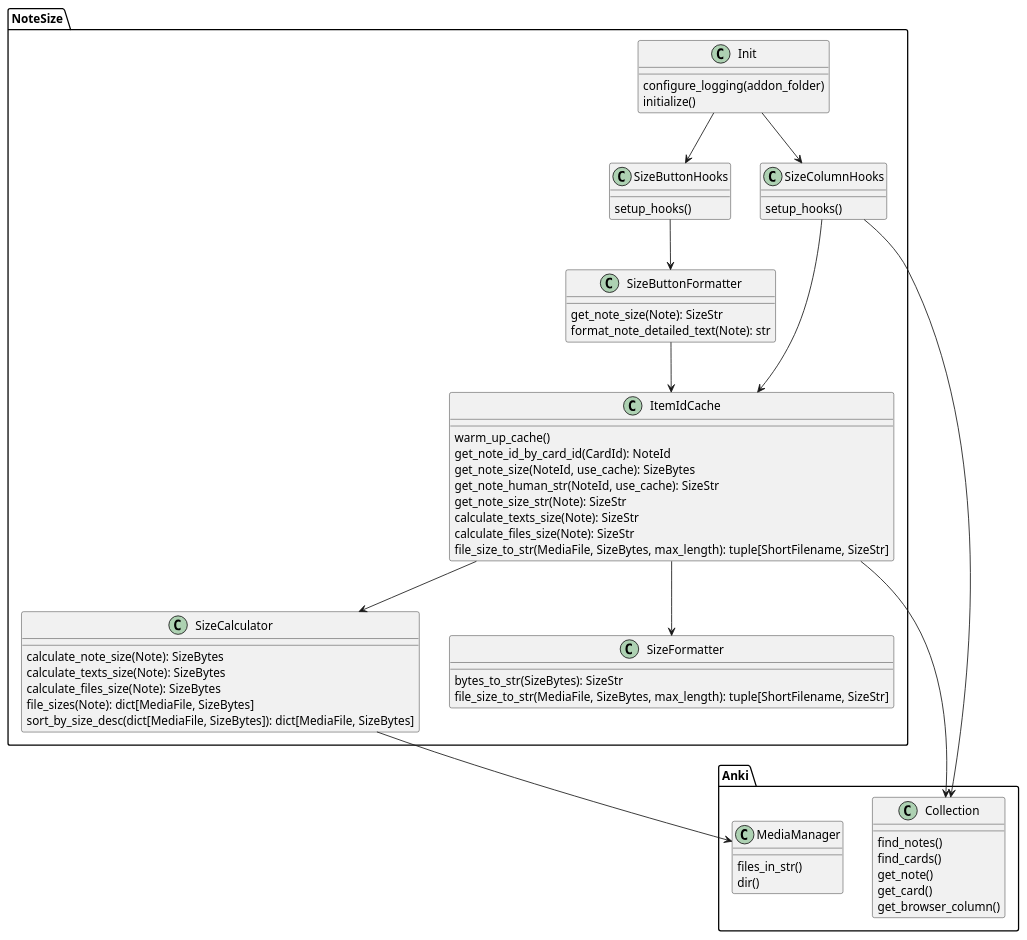
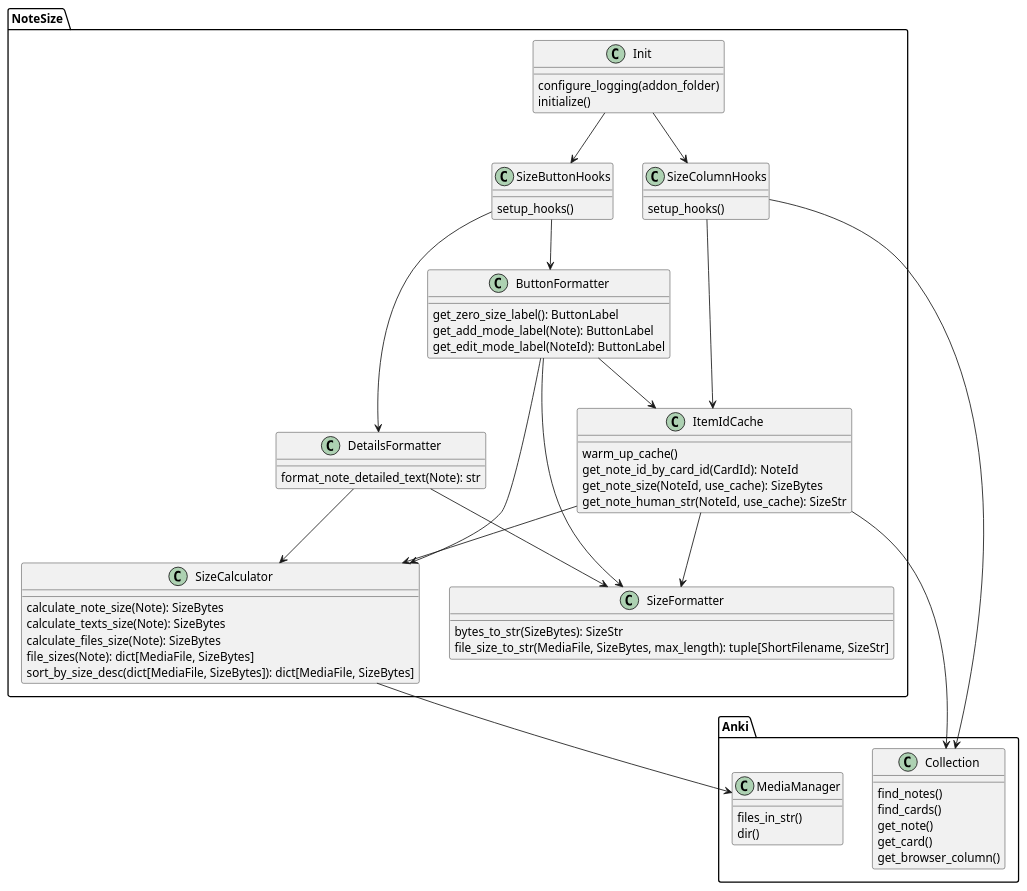
Before and after one commit to Aleks-Ya/note-size-anki-addon: the diagram in docs/class_diagram.puml, drawn with PlantUML. The commit also changed 5 other files, not shown here.

Commit message:
Remove static functions from ItemIdCache

```diff
--- a/docs/class_diagram.puml
+++ b/docs/class_diagram.puml
@@ -1,76 +1,81 @@
 @startuml
 'https://plantuml.com/class-diagram
 
 package Anki {
     class Collection {
         find_notes()
         find_cards()
         get_note()
         get_card()
         get_browser_column()
     }
     class MediaManager {
         files_in_str()
         dir()
     }
 }
 
 package NoteSize {
     together {
         class SizeButtonHooks {
             setup_hooks()
         }
         class SizeColumnHooks {
             setup_hooks()
         }
     }
-    class SizeButtonFormatter {
-        get_note_size(Note): SizeStr
+    class DetailsFormatter {
         format_note_detailed_text(Note): str
+    }
+    class ButtonFormatter {
+        get_zero_size_label(): ButtonLabel
+        get_add_mode_label(Note): ButtonLabel
+        get_edit_mode_label(NoteId): ButtonLabel
     }
     class SizeCalculator {
         calculate_note_size(Note): SizeBytes
         calculate_texts_size(Note): SizeBytes
         calculate_files_size(Note): SizeBytes
         file_sizes(Note): dict[MediaFile, SizeBytes]
         sort_by_size_desc(dict[MediaFile, SizeBytes]): dict[MediaFile, SizeBytes]
     }
     class SizeFormatter {
         bytes_to_str(SizeBytes): SizeStr
         file_size_to_str(MediaFile, SizeBytes, max_length): tuple[ShortFilename, SizeStr]
     }
     class ItemIdCache {
         warm_up_cache()
         get_note_id_by_card_id(CardId): NoteId
         get_note_size(NoteId, use_cache): SizeBytes
         get_note_human_str(NoteId, use_cache): SizeStr
-        get_note_size_str(Note): SizeStr
-        calculate_texts_size(Note): SizeStr
-        calculate_files_size(Note): SizeStr
-        file_size_to_str(MediaFile, SizeBytes, max_length): tuple[ShortFilename, SizeStr]
     }
     class Init {
         configure_logging(addon_folder)
         initialize()
     }
 }
 
 Init --> SizeColumnHooks
 Init --> SizeButtonHooks
 
+SizeButtonHooks --> ButtonFormatter
+SizeButtonHooks --> DetailsFormatter
 
-SizeButtonFormatter --> ItemIdCache
+ButtonFormatter --> ItemIdCache
+ButtonFormatter --> SizeCalculator
+ButtonFormatter --> SizeFormatter
 
-SizeButtonHooks --> SizeButtonFormatter
+DetailsFormatter --> SizeFormatter
+DetailsFormatter --> SizeCalculator
 
 SizeCalculator --> MediaManager
 
 SizeColumnHooks --> Collection
 SizeColumnHooks --> ItemIdCache
 
 ItemIdCache --> Collection
 ItemIdCache --> SizeCalculator
 ItemIdCache --> SizeFormatter
 
 
 @enduml
```
